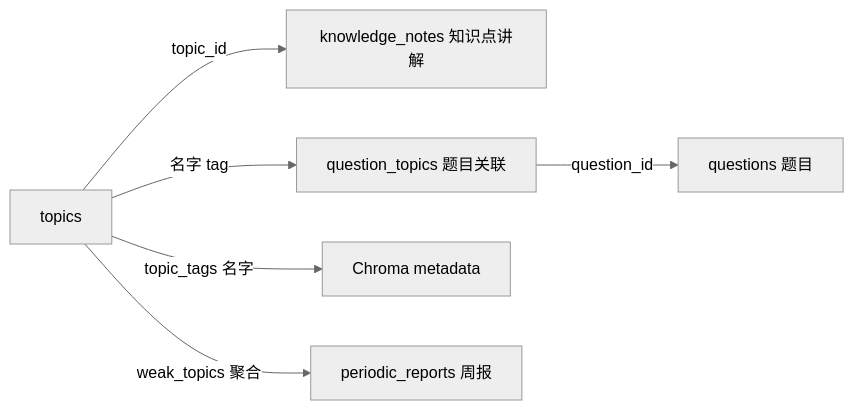
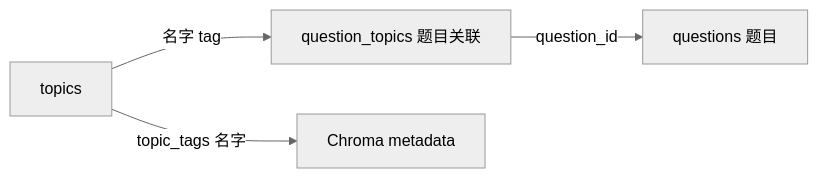
One commit to ttzc/gaokao_rag changed the diagram in docs/store/db/topics.md. Above: the diagram before and after it, drawn with Mermaid (neutral theme). The commit also changed other lines of this file and 12 other files, not shown here.

First line of the commit message:
docs: topics 从树形降级为 MVP 扁平 tag

````diff
--- a/docs/store/db/topics.md
+++ b/docs/store/db/topics.md
@@ -87,8 +56,6 @@
 ```mermaid
 flowchart LR
-    T[topics] -->|topic_id| KN[knowledge_notes 知识点讲解]
-    T -->|名字 tag| QT[question_topics 题目关联]
+    T[topics] -->|名字 tag| QT[question_topics 题目关联]
+    QT -->|question_id| Q[questions 题目]
     T -->|topic_tags 名字| CHROMA[Chroma metadata]
-    QT -->|question_id| Q[questions 题目]
-    T -->|weak_topics 聚合| R[periodic_reports 周报]
 ```
````
